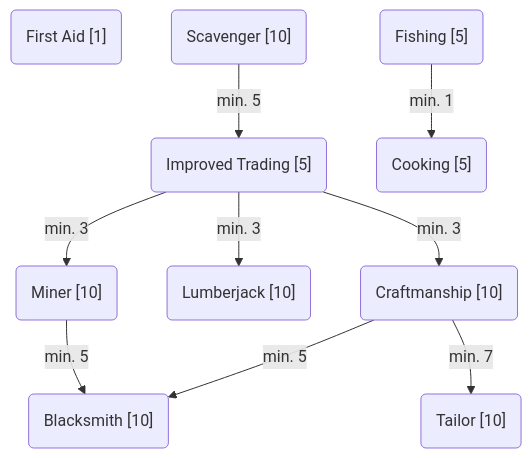
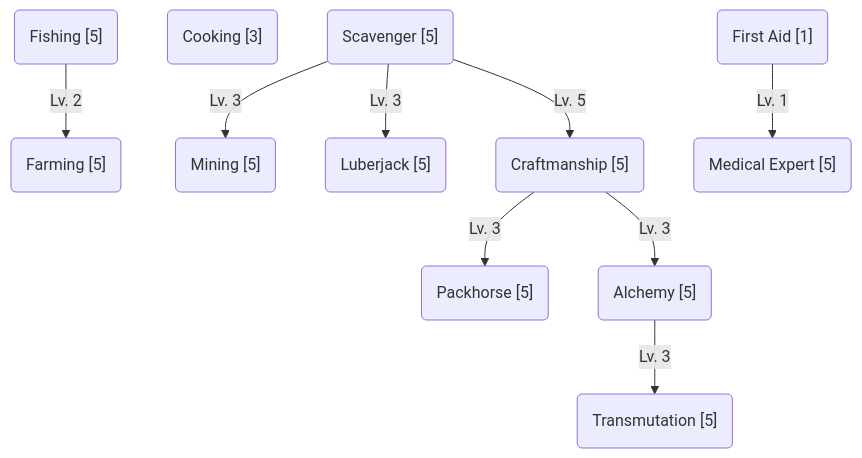
One commit to tfelix/bestia-docs changed the first of 3 diagrams in content/docs/mechanics/master.md. Above: the diagram before and after it, drawn with Mermaid. The commit also changed other lines of this file and 6 other files, not shown here.

Commit message:
Fixes craftsman branch docs Improves on architecture docs

```diff
--- a/content/docs/mechanics/master.md
+++ b/content/docs/mechanics/master.md
@@ -56,17 +56,18 @@
 {{< mermaid >}}
 graph TD
   FIRST_AID("First Aid [1]")
+  COOKING("Cooking [3]")
   FISHING("Fishing [5]")
-  SCAVENGER("Scavenger [10]")
+  SCAVENGER("Scavenger [5]")
 
-  SCAVENGER-->|min. 5|IMPROVED_TRADING("Improved Trading [5]")
-  FISHING-->|min. 1|COOKING("Cooking [5]")
+  FISHING-->|Lv. 2|FARMING("Farming [5]")
+  SCAVENGER-->|Lv. 3|MINING("Mining [5]")
+  SCAVENGER-->|Lv. 3|LUMBERJACK("Luberjack [5]")
+  FIRST_AID-->|Lv. 1|MEDICAL_EXPERT("Medical Expert [5]")
 
-  IMPROVED_TRADING-->|min. 3|CRAFTMANSHIP("Craftmanship [10]")
-  IMPROVED_TRADING-->|min. 3|LUMBERJACK("Lumberjack [10]")
-  IMPROVED_TRADING-->|min. 3|MINER("Miner [10]")
+  SCAVENGER-->|Lv. 5|CRAFTSMANSHIP("Craftmanship [5]")
+  CRAFTSMANSHIP-->|Lv. 3|PACKHORSE("Packhorse [5]")
 
-  MINER-->|min. 5|BLACKSMITH("Blacksmith [10]")
-  CRAFTMANSHIP-->|min. 5|BLACKSMITH
-  CRAFTMANSHIP-->|min. 7|TAILOR("Tailor [10]")
+  CRAFTSMANSHIP-->|Lv. 3|ALCHEMY("Alchemy [5]")
+  ALCHEMY-->|Lv. 3|TRANSMUTATION("Transmutation [5]")
 {{< /mermaid >}}
```
